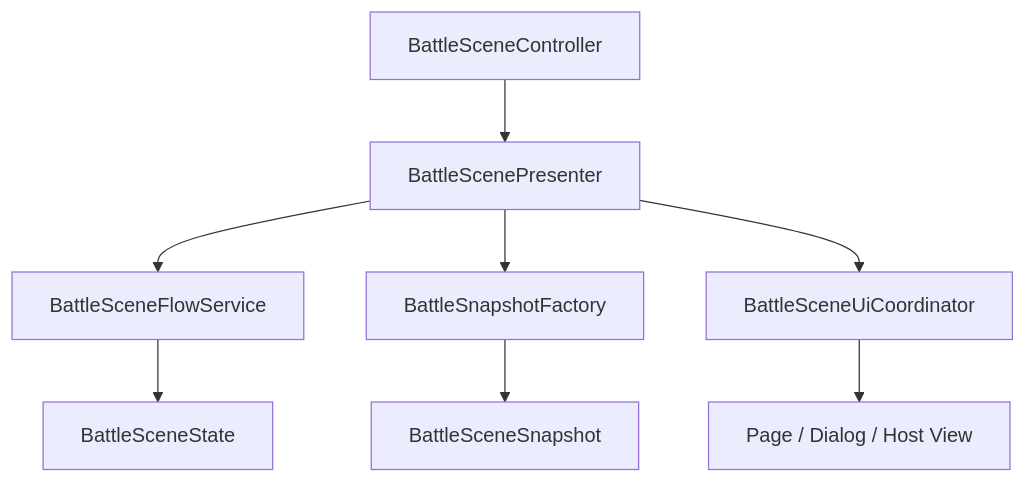
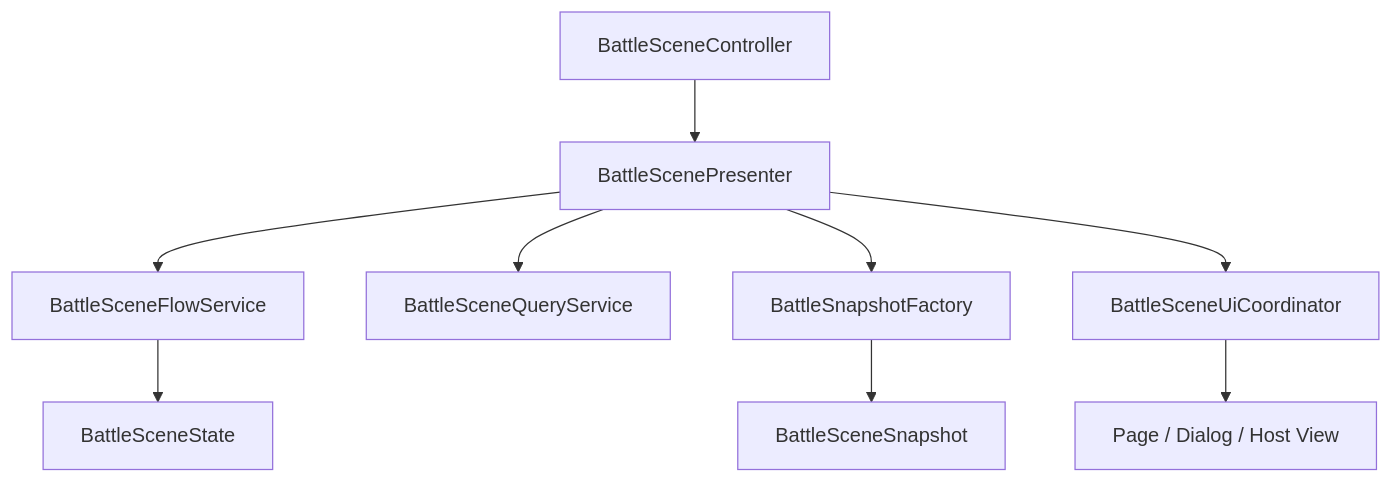
Before and after one commit to acloli/Dungeon: the diagram in Docs/wiki/Battle-Architecture.md, drawn with Mermaid. The commit also changed other lines of this file and 1 other file, not shown here.

````diff
--- a/Docs/wiki/Battle-Architecture.md
+++ b/Docs/wiki/Battle-Architecture.md
@@ -36,10 +38,11 @@
 ```mermaid
 flowchart TD
     Controller["BattleSceneController"] --> Presenter["BattleScenePresenter"]
     Presenter --> Flow["BattleSceneFlowService"]
+    Presenter --> Query["BattleSceneQueryService"]
     Flow --> State["BattleSceneState"]
     Presenter --> SnapshotFactory["BattleSnapshotFactory"]
     SnapshotFactory --> Snapshot["BattleSceneSnapshot"]
     Presenter --> Coordinator["BattleSceneUiCoordinator"]
     Coordinator --> View["Page / Dialog / Host View"]
 ```
````
